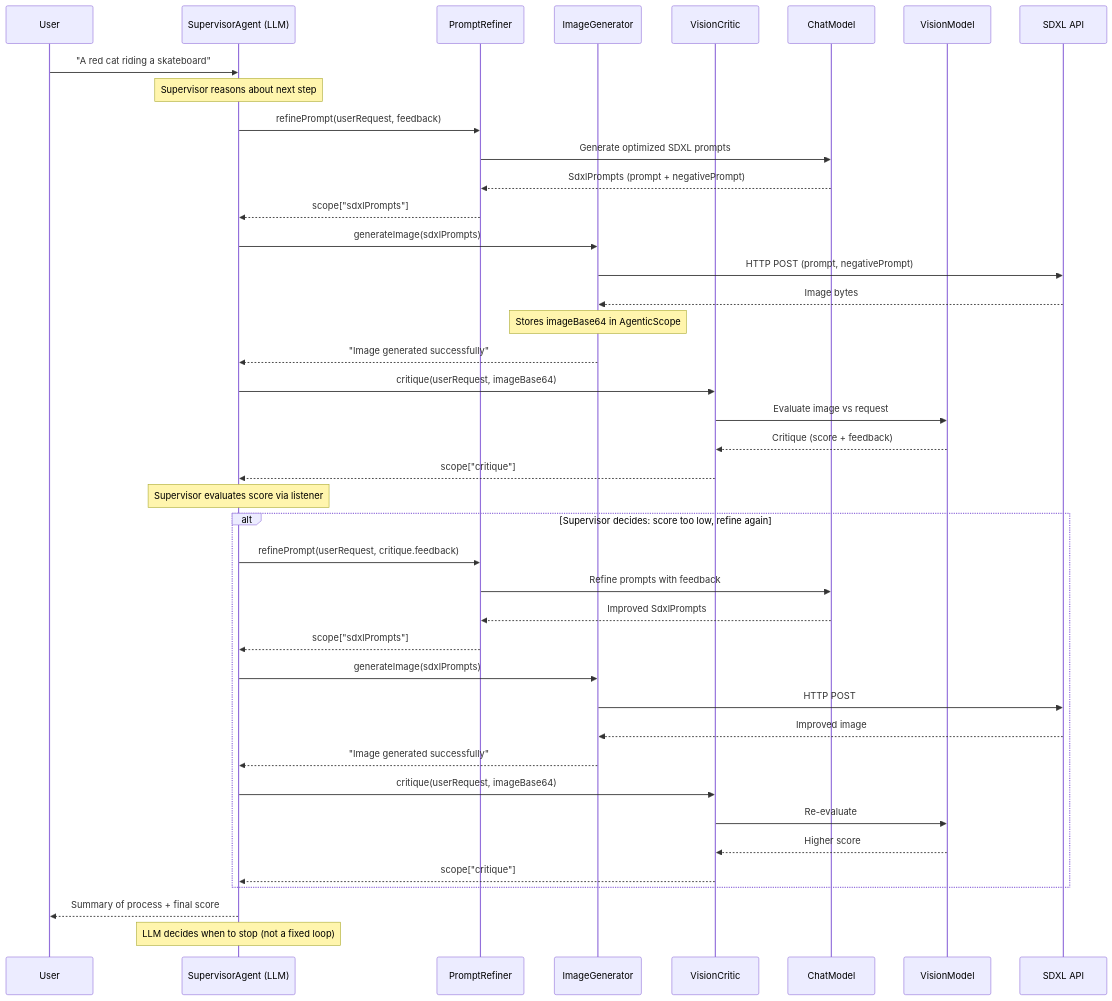
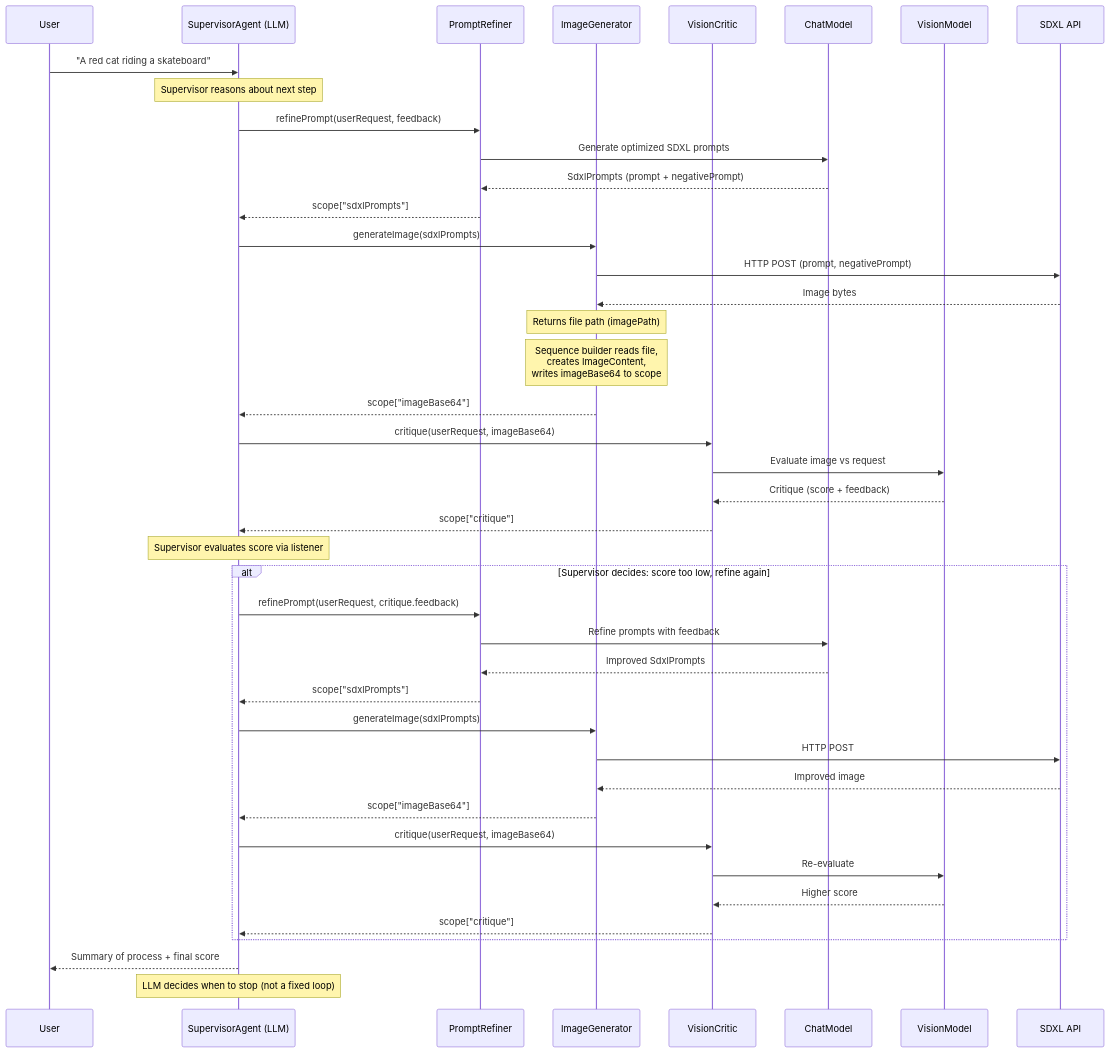
The eighth of 8 diagrams in workshop/chatbot/java/java-langchain4j/README.md (devrel-workshop/ai-as-lib-workshop), drawn with Mermaid before and after one commit. The commit also changed other lines of this file and 5 other files, not shown here.

Commit message:
fix: 🐛 New way to add image on the agentic scope

````diff
--- a/workshop/chatbot/java/java-langchain4j/README.md
+++ b/workshop/chatbot/java/java-langchain4j/README.md
@@ -2380,52 +2380,53 @@
 ```mermaid
 sequenceDiagram
     participant User
     participant Supervisor as SupervisorAgent (LLM)
     participant PromptRefiner
     participant ImageGenerator
     participant VisionCritic
     participant ChatModel
     participant VisionModel
     participant SDXL API
 
     User->>Supervisor: "A red cat riding a skateboard"
 
     Note over Supervisor: Supervisor reasons about next step
 
     Supervisor->>PromptRefiner: refinePrompt(userRequest, feedback)
     PromptRefiner->>ChatModel: Generate optimized SDXL prompts
     ChatModel-->>PromptRefiner: SdxlPrompts (prompt + negativePrompt)
     PromptRefiner-->>Supervisor: scope["sdxlPrompts"]
 
     Supervisor->>ImageGenerator: generateImage(sdxlPrompts)
     ImageGenerator->>SDXL API: HTTP POST (prompt, negativePrompt)
     SDXL API-->>ImageGenerator: Image bytes
-    Note over ImageGenerator: Stores imageBase64 in AgenticScope
-    ImageGenerator-->>Supervisor: "Image generated successfully"
+    Note over ImageGenerator: Returns file path (imagePath)
+    Note over ImageGenerator: Sequence builder reads file,<br/>creates ImageContent,<br/>writes imageBase64 to scope
+    ImageGenerator-->>Supervisor: scope["imageBase64"]
 
     Supervisor->>VisionCritic: critique(userRequest, imageBase64)
     VisionCritic->>VisionModel: Evaluate image vs request
     VisionModel-->>VisionCritic: Critique (score + feedback)
     VisionCritic-->>Supervisor: scope["critique"]
 
     Note over Supervisor: Supervisor evaluates score via listener
 
     alt Supervisor decides: score too low, refine again
         Supervisor->>PromptRefiner: refinePrompt(userRequest, critique.feedback)
         PromptRefiner->>ChatModel: Refine prompts with feedback
         ChatModel-->>PromptRefiner: Improved SdxlPrompts
         PromptRefiner-->>Supervisor: scope["sdxlPrompts"]
         Supervisor->>ImageGenerator: generateImage(sdxlPrompts)
         ImageGenerator->>SDXL API: HTTP POST
         SDXL API-->>ImageGenerator: Improved image
-        ImageGenerator-->>Supervisor: "Image generated successfully"
+        ImageGenerator-->>Supervisor: scope["imageBase64"]
         Supervisor->>VisionCritic: critique(userRequest, imageBase64)
         VisionCritic->>VisionModel: Re-evaluate
         VisionModel-->>VisionCritic: Higher score
         VisionCritic-->>Supervisor: scope["critique"]
     end
 
     Supervisor-->>User: Summary of process + final score
 
     Note over Supervisor: LLM decides when to stop (not a fixed loop)
 ```
````
